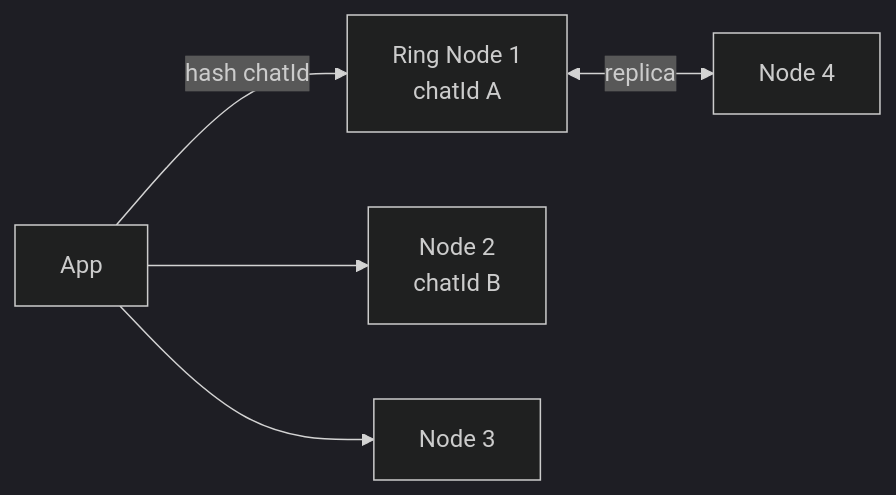
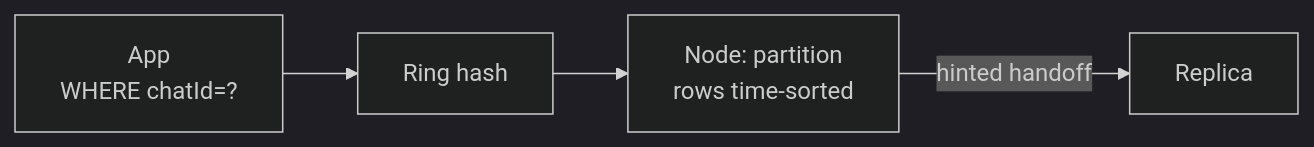
One commit to rakshitagarwal/champ-dsa changed the diagram in content/system-design/cassandra.md. Above: the diagram before and after it, drawn with Mermaid (dark theme). The commit also changed other lines of this file and 100 other files, not shown here.

````diff
--- a/content/system-design/cassandra.md
+++ b/content/system-design/cassandra.md
@@ -41,7 +20,6 @@
 ```mermaid
 graph LR
-    A[App] -->|hash chatId| B[Ring Node 1<br/>chatId A]
-    A --> C[Node 2<br/>chatId B]
-    A --> D[Node 3]
-    B <-->|replica| E[Node 4]
+    A[App<br/>WHERE chatId=?] --> B[Ring hash]
+    B --> C[Node: partition<br/>rows time-sorted]
+    C -->|hinted handoff| D[Replica]
 ```
````
